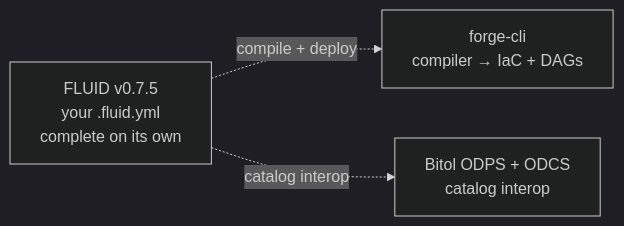
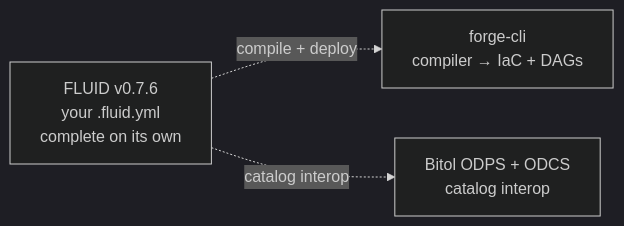
The diagram in README.md (open-data-protocol/fluid), drawn with Mermaid (dark theme) before and after one commit. The commit also changed other lines of this file and 71 other files, not shown here.

````diff
--- a/README.md
+++ b/README.md
@@ -24,8 +24,8 @@
 ```mermaid
 flowchart LR
-    F["FLUID v0.7.5<br/>your .fluid.yml<br/>complete on its own"]
+    F["FLUID v0.7.6<br/>your .fluid.yml<br/>complete on its own"]
     FC["forge-cli<br/>compiler → IaC + DAGs"]
     BIT["Bitol ODPS + ODCS<br/>catalog interop"]
     F -.->|compile + deploy| FC
     F -.->|catalog interop| BIT
 ```
````
